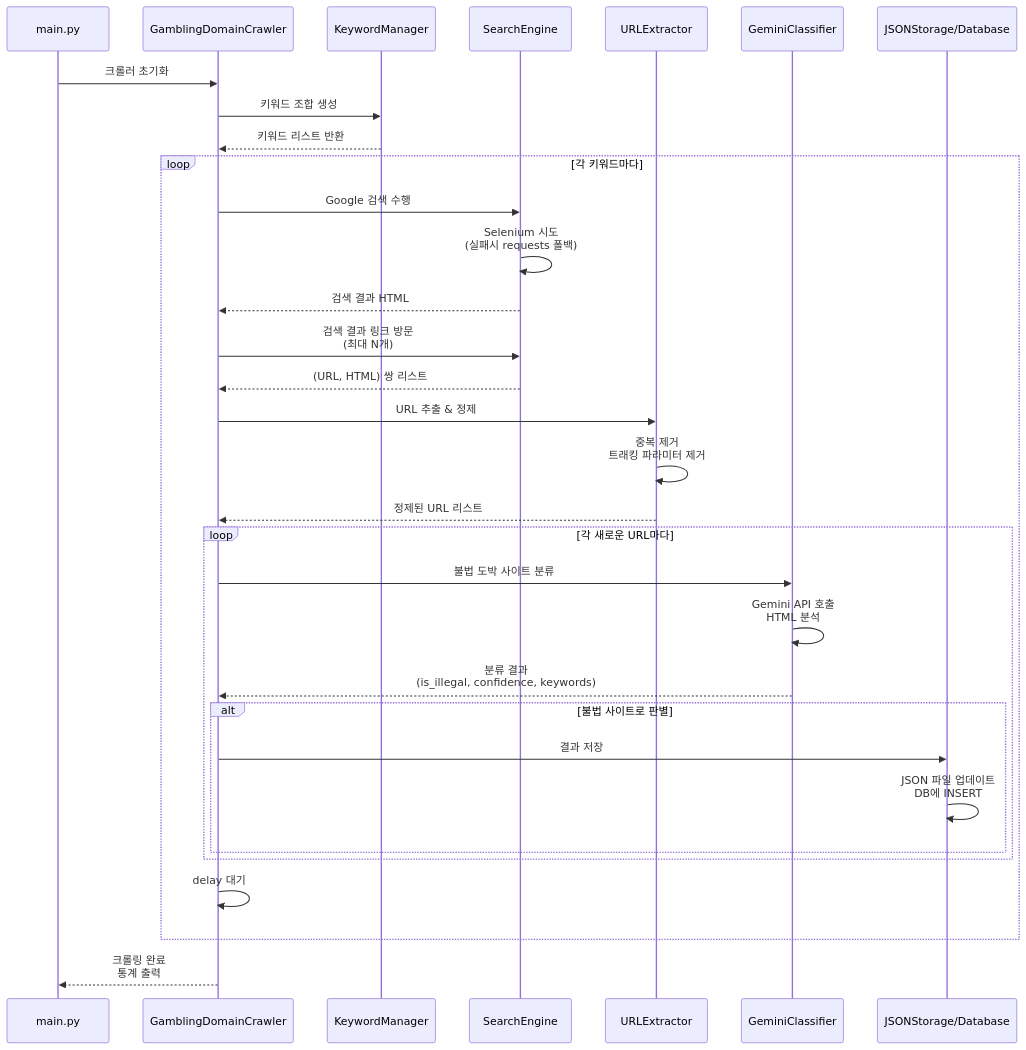
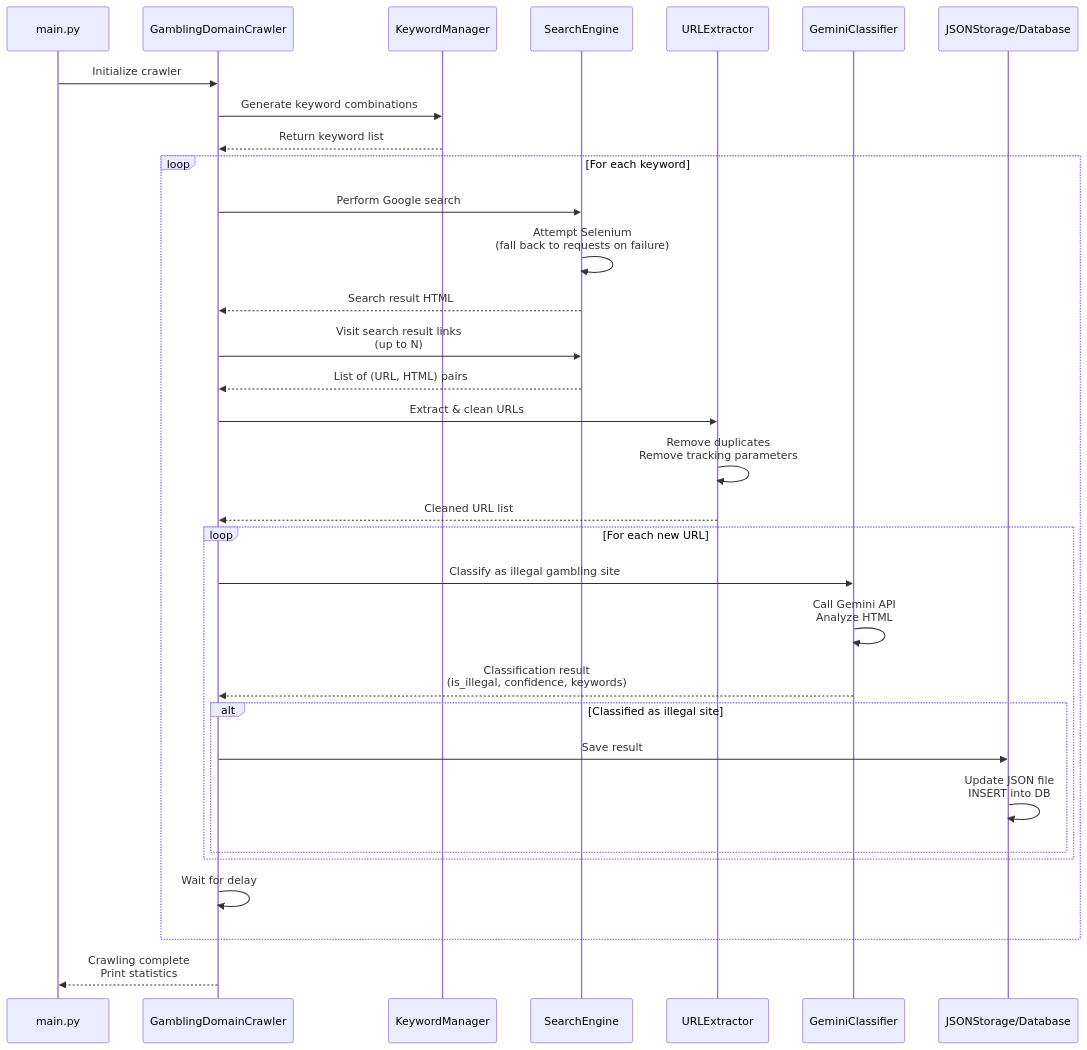
Before and after one commit to topKimRyan/isif-2026: the second of 3 diagrams in ARCHITECTURE.md, drawn with Mermaid. The commit also changed other lines of this file and 33 other files, not shown here.

````diff
--- a/ARCHITECTURE.md
+++ b/ARCHITECTURE.md
@@ -657,42 +657,42 @@
 ```mermaid
 sequenceDiagram
     participant Main as main.py
     participant Crawler as GamblingDomainCrawler
     participant KM as KeywordManager
     participant SE as SearchEngine
     participant UE as URLExtractor
     participant GC as GeminiClassifier
     participant Storage as JSONStorage/Database
     
-    Main->>Crawler: 크롤러 초기화
-    Crawler->>KM: 키워드 조합 생성
-    KM-->>Crawler: 키워드 리스트 반환
+    Main->>Crawler: Initialize crawler
+    Crawler->>KM: Generate keyword combinations
+    KM-->>Crawler: Return keyword list
     
-    loop 각 키워드마다
-        Crawler->>SE: Google 검색 수행
-        SE->>SE: Selenium 시도<br/>(실패시 requests 폴백)
-        SE-->>Crawler: 검색 결과 HTML
+    loop For each keyword
+        Crawler->>SE: Perform Google search
+        SE->>SE: Attempt Selenium<br/>(fall back to requests on failure)
+        SE-->>Crawler: Search result HTML
         
-        Crawler->>SE: 검색 결과 링크 방문<br/>(최대 N개)
-        SE-->>Crawler: (URL, HTML) 쌍 리스트
+        Crawler->>SE: Visit search result links<br/>(up to N)
+        SE-->>Crawler: List of (URL, HTML) pairs
         
-        Crawler->>UE: URL 추출 & 정제
-        UE->>UE: 중복 제거<br/>트래킹 파라미터 제거
-        UE-->>Crawler: 정제된 URL 리스트
+        Crawler->>UE: Extract & clean URLs
+        UE->>UE: Remove duplicates<br/>Remove tracking parameters
+        UE-->>Crawler: Cleaned URL list
         
-        loop 각 새로운 URL마다
-            Crawler->>GC: 불법 도박 사이트 분류
-            GC->>GC: Gemini API 호출<br/>HTML 분석
-            GC-->>Crawler: 분류 결과<br/>(is_illegal, confidence, keywords)
+        loop For each new URL
+            Crawler->>GC: Classify as illegal gambling site
+            GC->>GC: Call Gemini API<br/>Analyze HTML
+            GC-->>Crawler: Classification result<br/>(is_illegal, confidence, keywords)
             
-            alt 불법 사이트로 판별
-                Crawler->>Storage: 결과 저장
-                Storage->>Storage: JSON 파일 업데이트<br/>DB에 INSERT
+            alt Classified as illegal site
+                Crawler->>Storage: Save result
+                Storage->>Storage: Update JSON file<br/>INSERT into DB
             end
         end
         
-        Crawler->>Crawler: delay 대기
+        Crawler->>Crawler: Wait for delay
     end
     
-    Crawler-->>Main: 크롤링 완료<br/>통계 출력
+    Crawler-->>Main: Crawling complete<br/>Print statistics
 ```
````
